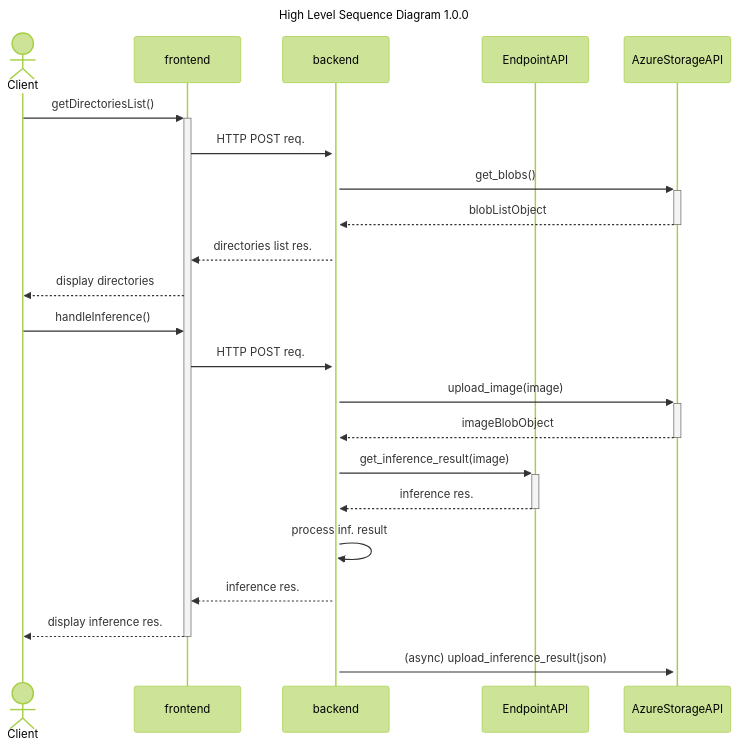
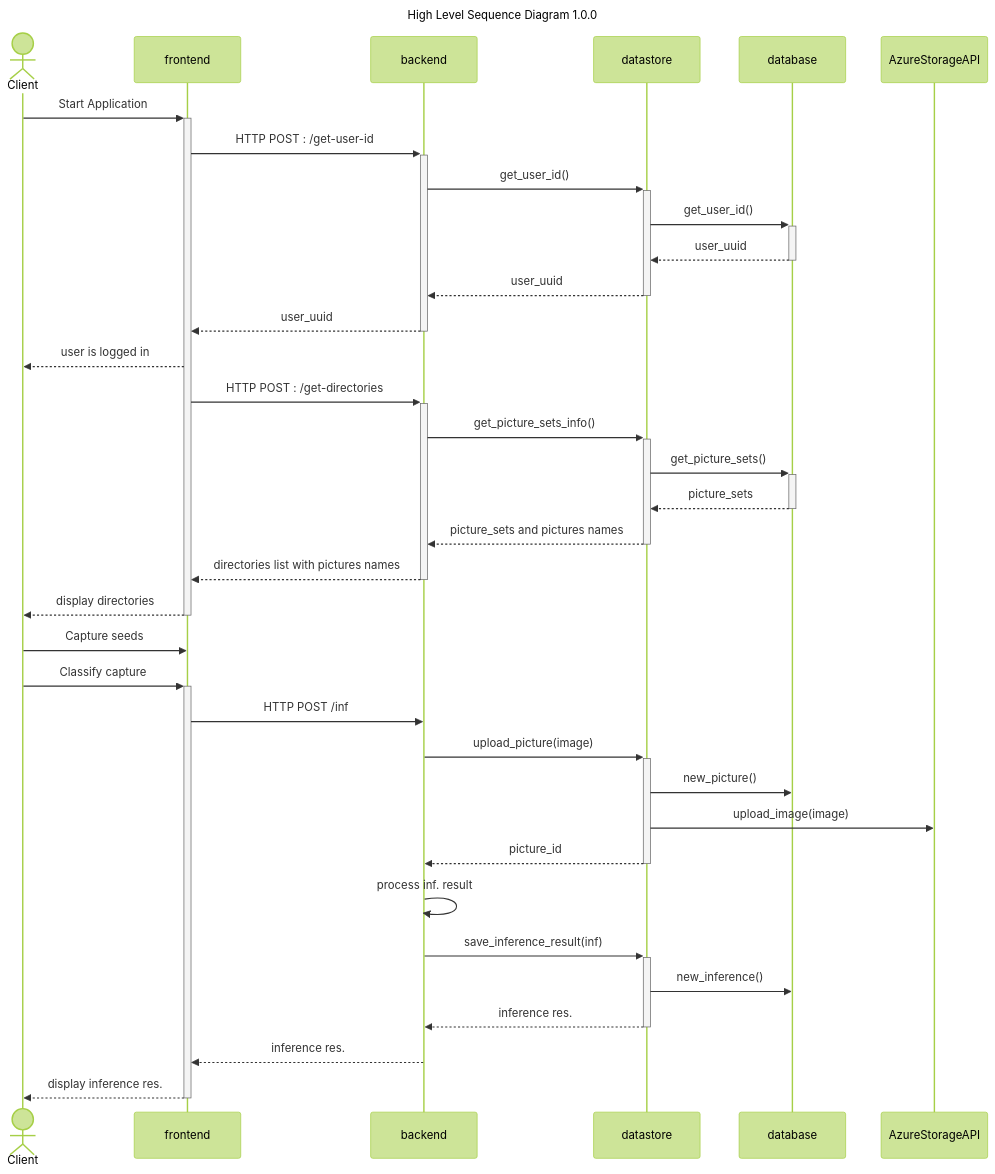
The diagram in README.md (ai-cfia/nachet-backend), drawn with Mermaid (forest theme) before and after one commit. The commit also changed other lines of this file and 4 other files, not shown here.

````diff
--- a/README.md
+++ b/README.md
@@ -5,27 +5,40 @@
 ```mermaid
 sequenceDiagram
 
   title: High Level Sequence Diagram 1.0.0
   actor Client
   participant frontend
   participant backend
-  participant EndpointAPI
+  participant datastore
+  participant database
   participant AzureStorageAPI
 
-Client->>+frontend: getDirectoriesList()
-frontend->>+backend: HTTP POST req.
-backend->>+AzureStorageAPI: get_blobs()
-AzureStorageAPI-->>-backend: blobListObject
-backend-->>frontend: directories list res.
-frontend-->>Client: display directories
-Client->>frontend: handleInference()
-frontend->>backend: HTTP POST req.
-backend->>+AzureStorageAPI: upload_image(image)
-AzureStorageAPI-->>-backend: imageBlobObject
-backend->>+EndpointAPI: get_inference_result(image)
-EndpointAPI-->>-backend: inference res.
+Client->>+frontend: Start Application
+frontend->>+backend: HTTP POST : /get-user-id
+backend->>+datastore: get_user_id()
+datastore->>+database: get_user_id()
+database-->>-datastore: user_uuid
+datastore-->>-backend: user_uuid
+backend-->>-frontend: user_uuid
+frontend-->>Client: user is logged in
+frontend->>+backend: HTTP POST : /get-directories
+backend->>+datastore: get_picture_sets_info()
+datastore->>+database: get_picture_sets()
+database-->>-datastore: picture_sets
+datastore-->>-backend: picture_sets and pictures names
+backend-->>-frontend: directories list with pictures names
+frontend-->>-Client: display directories
+Client->>frontend: Capture seeds
+Client->>+frontend: Classify capture
+frontend->>backend: HTTP POST /inf
+backend->>+datastore: upload_picture(image)
+datastore->>database: new_picture()
+datastore->>AzureStorageAPI: upload_image(image)
+datastore-->>-backend: picture_id
 backend->>backend: process inf. result
+backend->>+datastore: save_inference_result(inf)
+datastore->>database: new_inference()
+datastore-->>-backend: inference res.
 backend-->>frontend: inference res.
 frontend-->>-Client: display inference res.
-backend->>+AzureStorageAPI: (async) upload_inference_result(json)
 ```
````
